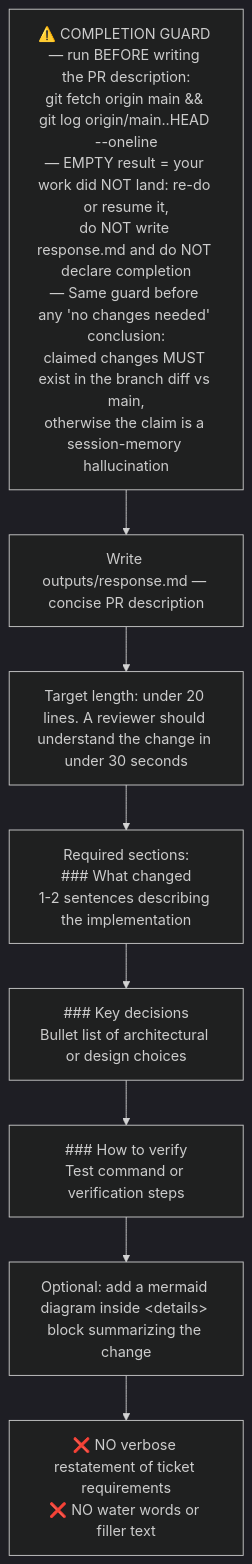
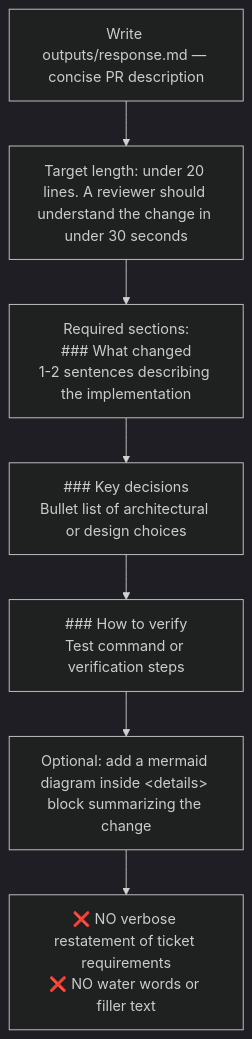
One commit to IstiN/dmtools-agents changed the diagram in instructions/story_development/output_rules.md. Above: the diagram before and after it, drawn with Mermaid (dark theme). The commit also changed other lines of this file and 99 other files, not shown here.

````diff
--- a/instructions/story_development/output_rules.md
+++ b/instructions/story_development/output_rules.md
@@ -1,13 +3,11 @@
 ```mermaid
 flowchart TD
-    O0["⚠️ COMPLETION GUARD — run BEFORE writing the PR description:<br/>git fetch origin main &amp;&amp; git log origin/main..HEAD --oneline<br/>— EMPTY result = your work did NOT land: re-do or resume it,<br/>do NOT write response.md and do NOT declare completion<br/>— Same guard before any 'no changes needed' conclusion:<br/>claimed changes MUST exist in the branch diff vs main,<br/>otherwise the claim is a session-memory hallucination"]
-    O0 --> O1
     O1["Write outputs/response.md — concise PR description"]
     O2["Target length: under 20 lines. A reviewer should understand the change in under 30 seconds"]
     O3["Required sections:<br/>### What changed<br/>1-2 sentences describing the implementation"]
     O4["### Key decisions<br/>Bullet list of architectural or design choices"]
     O5["### How to verify<br/>Test command or verification steps"]
     O6["Optional: add a mermaid diagram inside &lt;details&gt; block summarizing the change"]
     O7["❌ NO verbose restatement of ticket requirements<br/>❌ NO water words or filler text"]
     O1 --> O2 --> O3 --> O4 --> O5 --> O6 --> O7
 ```
````
